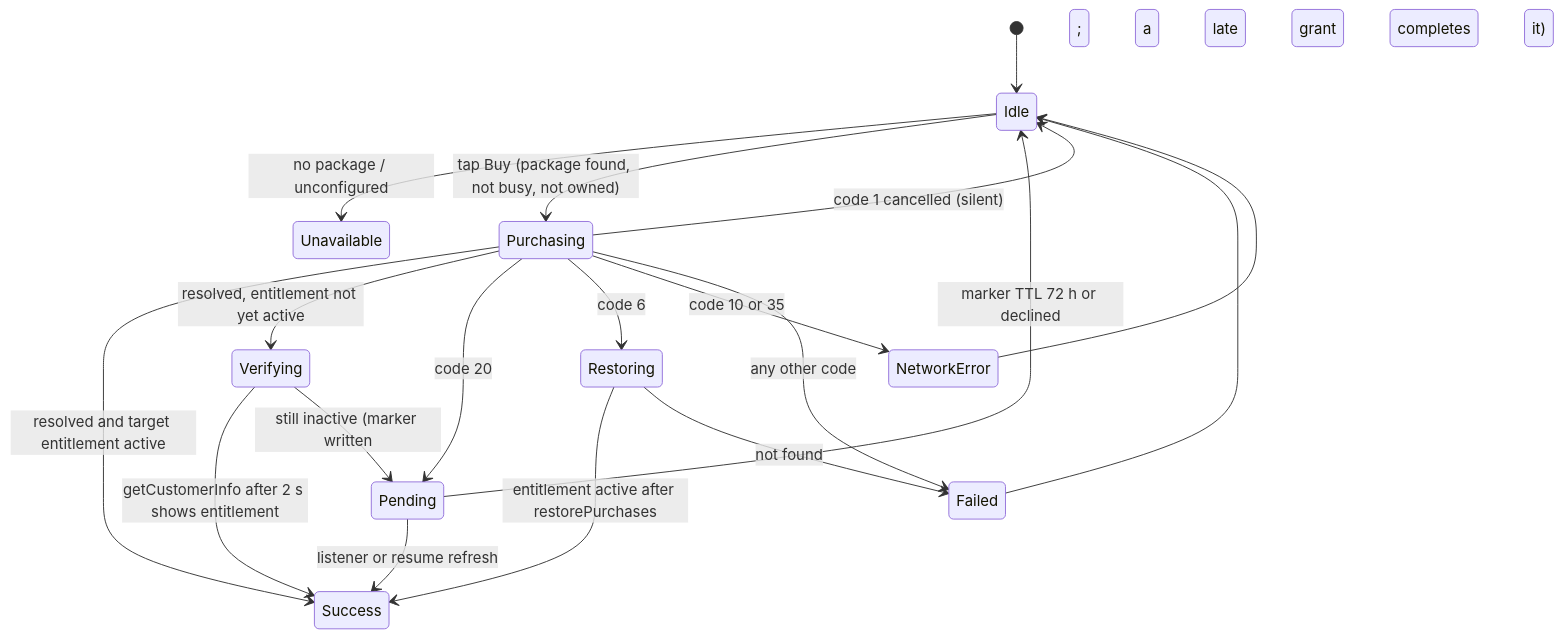
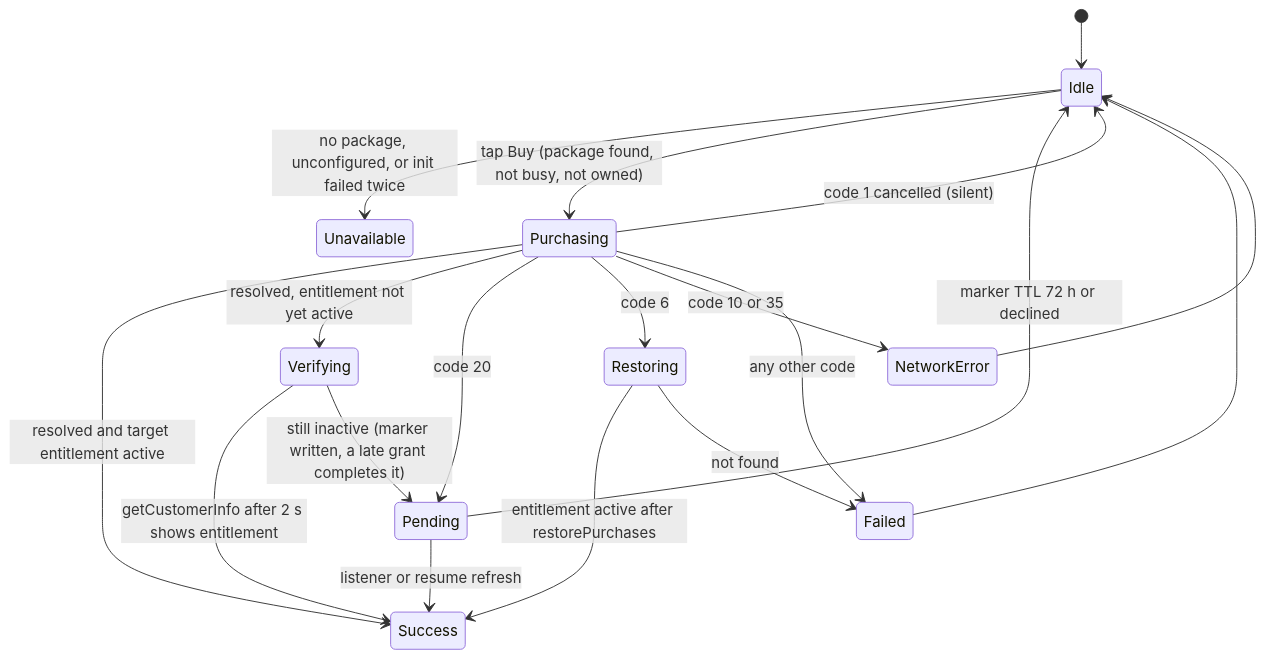
Before and after one commit to taysh123/Gravity-Game: the first of 2 diagrams in docs/design/MONETIZATION.md, drawn with Mermaid. The commit also changed other lines of this file and 3 other files, not shown here.

First line of the commit message:
docs(purchases): A-24, Check-status copy, Mermaid label, web stub gone (P00-T17 review m6, m9, m10)

````diff
--- a/docs/design/MONETIZATION.md
+++ b/docs/design/MONETIZATION.md
@@ -90,21 +90,21 @@
 ```mermaid
 stateDiagram-v2
   [*] --> Idle
-  Idle --> Unavailable: no package / unconfigured
+  Idle --> Unavailable: no package, unconfigured, or init failed twice
   Idle --> Purchasing: tap Buy (package found, not busy, not owned)
   Purchasing --> Success: resolved and target entitlement active
   Purchasing --> Verifying: resolved, entitlement not yet active
   Verifying --> Success: getCustomerInfo after 2 s shows entitlement
-  Verifying --> Pending: still inactive (marker written; a late grant completes it)
+  Verifying --> Pending: still inactive (marker written, a late grant completes it)
   Purchasing --> Idle: code 1 cancelled (silent)
   Purchasing --> Pending: code 20
   Purchasing --> Restoring: code 6
   Restoring --> Success: entitlement active after restorePurchases
   Restoring --> Failed: not found
   Purchasing --> NetworkError: code 10 or 35
   Purchasing --> Failed: any other code
   Pending --> Success: listener or resume refresh
   Pending --> Idle: marker TTL 72 h or declined
   NetworkError --> Idle
   Failed --> Idle
 ```
````
